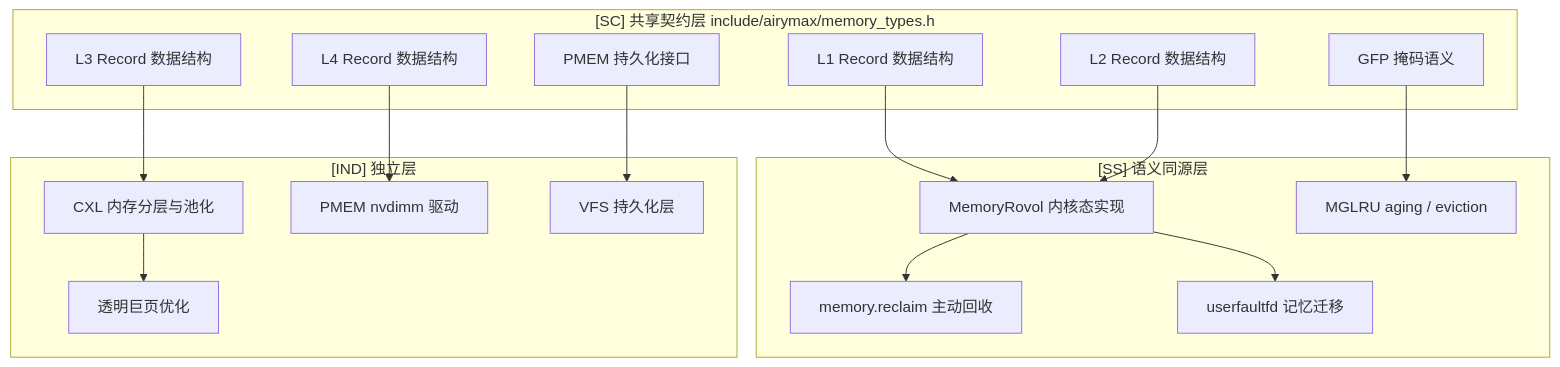
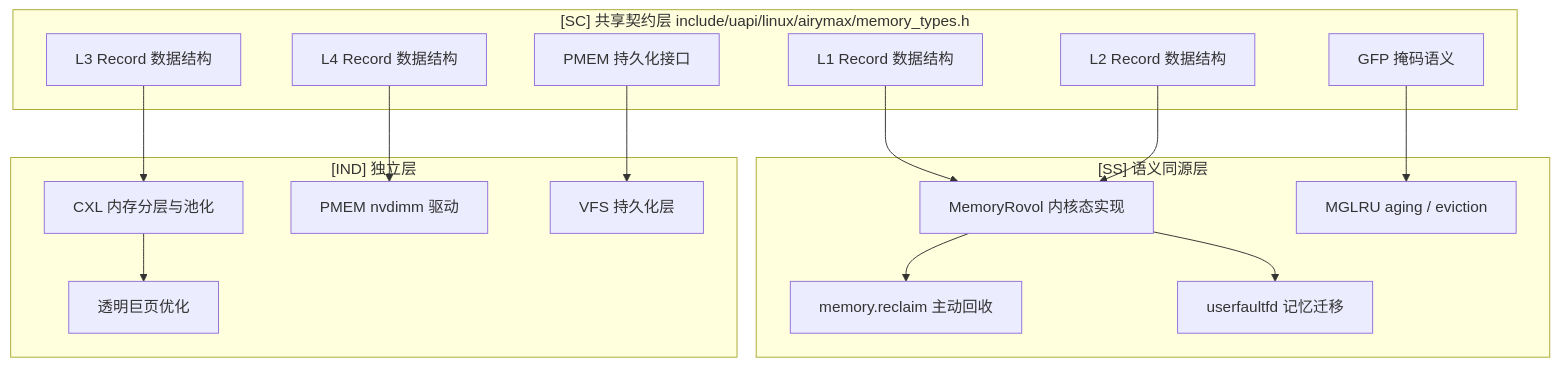
The first of 2 diagrams in AirymaxOS/20-modules/04-memory.md (openairymax/docs), drawn with Mermaid before and after one commit. The commit also changed other lines of this file and 125 other files, not shown here.

````diff
--- a/AirymaxOS/20-modules/04-memory.md
+++ b/AirymaxOS/20-modules/04-memory.md
@@ -174,32 +179,32 @@
 ```mermaid
 graph TD
-    subgraph SC["[SC] 共享契约层 include/airymax/memory_types.h"]
+    subgraph SC["[SC] 共享契约层 include/uapi/linux/airymax/memory_types.h"]
         L1[L1 Record 数据结构]
         L2[L2 Record 数据结构]
         L3[L3 Record 数据结构]
         L4[L4 Record 数据结构]
         GFP[GFP 掩码语义]
         PMEMIF[PMEM 持久化接口]
     end
     subgraph SS["[SS] 语义同源层"]
         MEMROVOL[MemoryRovol 内核态实现]
         MGLRU[MGLRU aging / eviction]
         RECLAIM[memory.reclaim 主动回收]
         UFFD[userfaultfd 记忆迁移]
     end
     subgraph IND["[IND] 独立层"]
         CXL[CXL 内存分层与池化]
         PMEM[PMEM nvdimm 驱动]
         VFSPERSIST[VFS 持久化层]
         THP[透明巨页优化]
     end
     L1 --> MEMROVOL
     L2 --> MEMROVOL
     L3 --> CXL
     L4 --> PMEM
     GFP --> MGLRU
     PMEMIF --> VFSPERSIST
     MEMROVOL --> RECLAIM
     MEMROVOL --> UFFD
     CXL --> THP
 ```
````
